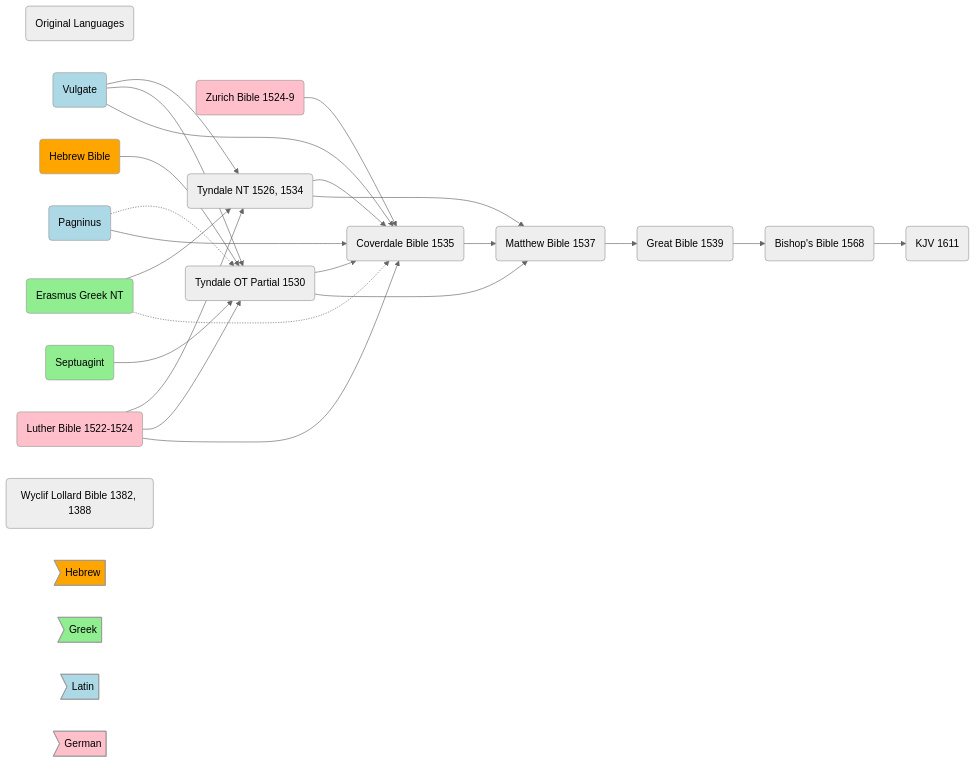
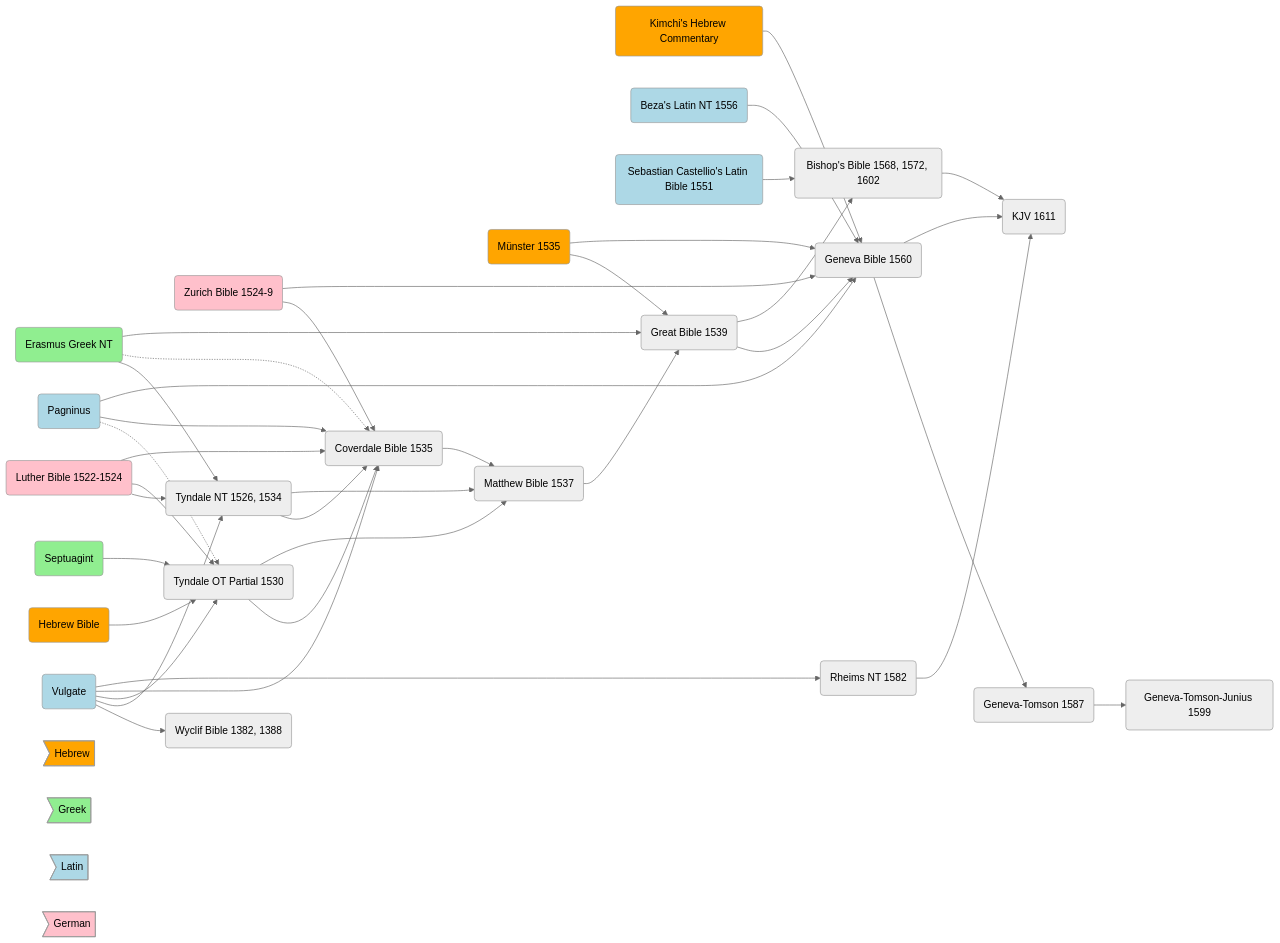
Before and after one commit to mkudija/mkudija.github.io: the diagram in reading-notes/_md/~The King James Bible-A Short History from Tyndale to Today.md, drawn with Mermaid (neutral theme). The commit also changed other lines of this file and 23 other files, not shown here.

````diff
--- a/reading-notes/_md/~The King James Bible-A Short History from Tyndale to Today.md
+++ b/reading-notes/_md/~The King James Bible-A Short History from Tyndale to Today.md
@@ -64,23 +91,31 @@
 ```mermaid
 graph LR
 
-orig(Original Languages)
-
 heb(Hebrew Bible)
+khc(Kimchi's Hebrew Commentary)
 v(Vulgate)
 pg(Pagninus)
 sg(Septuagint)
 egn(Erasmus Greek NT)
 lb(Luther Bible 1522-1524)
 zb(Zurich Bible 1524-9)
+bln(Beza's Latin NT 1556)
+sclb(Sebastian Castellio's Latin Bible 1551)
 
-wl(Wyclif Lollard Bible 1382, 1388)
+wlb(Wyclif Bible 1382, 1388) 
+%% aka Lollard Bible, pg 8
+
 tnt(Tyndale NT 1526, 1534)
 tot(Tyndale OT Partial 1530)
 cb(Coverdale Bible 1535)
+mun(Münster 1535)
 mb(Matthew Bible 1537)
 gb(Great Bible 1539)
-bb(Bishop's Bible 1568)
+genb(Geneva Bible 1560)
+gentom(Geneva-Tomson 1587)
+gentomjun(Geneva-Tomson-Junius 1599)
+rnt(Rheims NT 1582)
+bb(Bishop's Bible 1568, 1572, 1602)
 kjv(KJV 1611)
 
 classDef hb fill:Orange
@@ -94,7 +129,7 @@
 German>German]:::gm
 
 %% (8)
-%% v --> wl 
+v --> wlb 
 
 %% Tyndale NT (9)
 egn:::gk --> tnt
@@ -123,20 +158,32 @@
 tot --> mb
 tnt --> mb
 
-%% Great Bible 17
+%% Great Bible 17-18
 mb --> gb
+egn --> gb
+mun:::hb --> gb
+
+%% Geneva Bible 20
+gb --> genb
+mun --> genb
+khc:::hb --> genb
+zb --> genb
+pg --> genb
+bln:::lt --> genb
+genb --> gentom
+gentom --> gentomjun
+
+%% Bishop's Bible 24
+gb --> bb 
+sclb:::lt --> bb
+
+%% Rheims (29)
+v --> rnt
 
 
-gb --> bb 
+rnt --> kjv
+genb --> kjv
 bb --> kjv
-
-%%bb:::pt --> kjv
-%%orig --> kjv:::pt
-
-
-click alv "https://www.bibliotheca.co/translation" _blank
-click ctsncb "https://en.wikipedia.org/wiki/Catholic_Truth_Society" _blank
-click cbpcncb "https://www.biblegateway.com/versions/New-Catholic-Bible-NCB-Bible/" _blank
 
 
 ```
````
